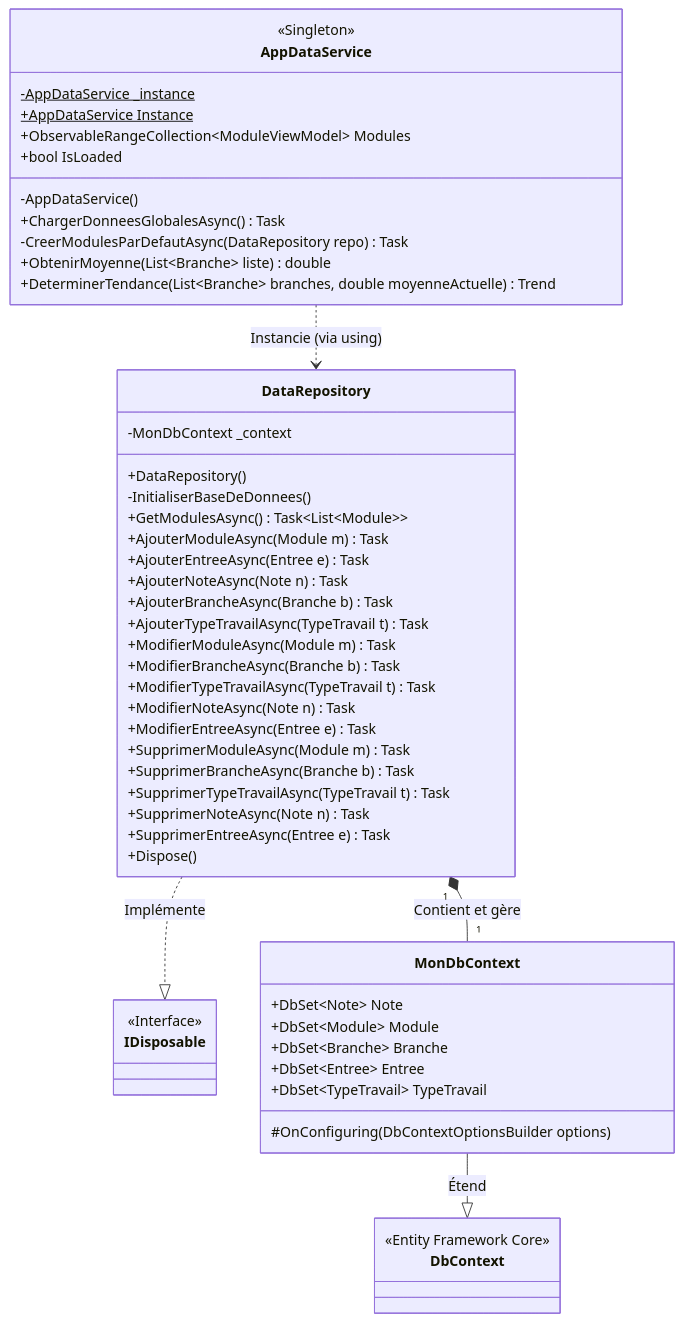
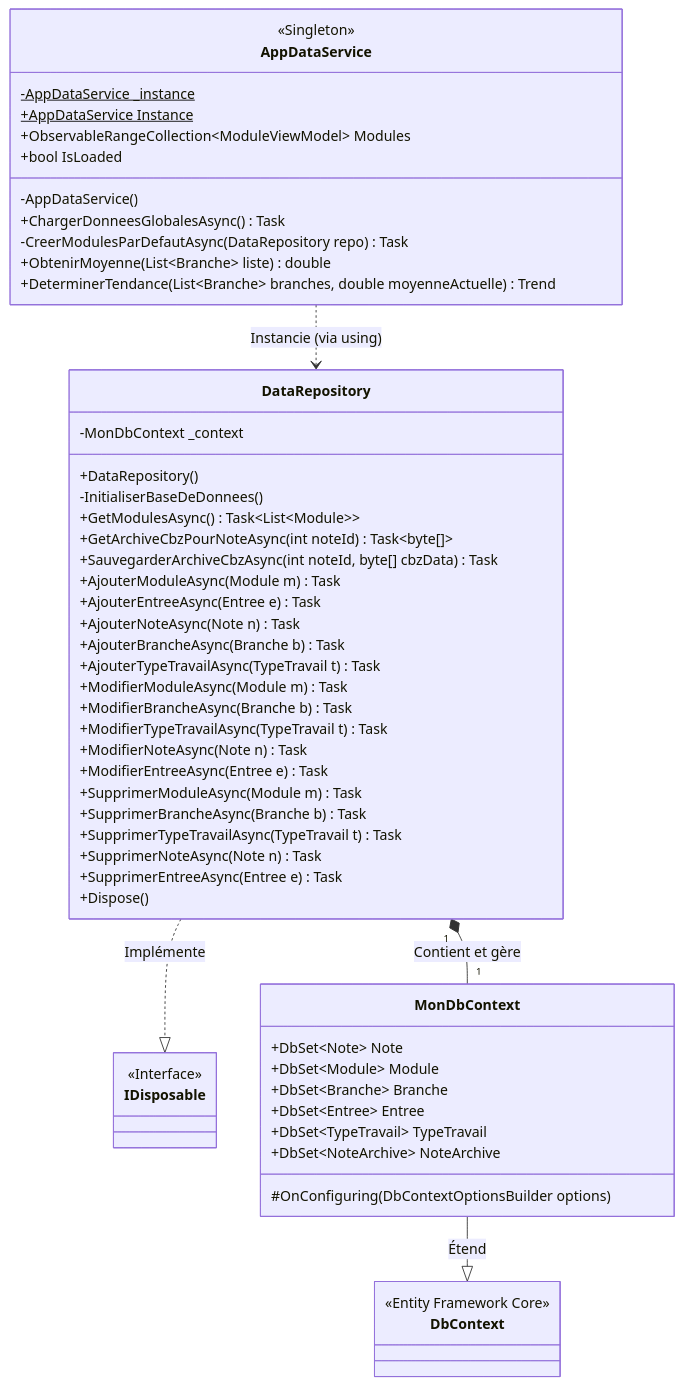
Before and after one commit to Hoferlukaslh/ScholarLog: the second of 3 diagrams in src/Data/README.md, drawn with Mermaid. The commit also changed other lines of this file, not shown here.

````diff
--- a/src/Data/README.md
+++ b/src/Data/README.md
@@ -192,73 +202,76 @@
 ``` mermaid
 classDiagram
     %% Interfaces et classes de base du framework
     class DbContext {
         <<Entity Framework Core>>
     }
     class IDisposable {
         <<Interface>>
     }
 
     %% Contexte de base de données
     class MonDbContext {
         +DbSet~Note~ Note
         +DbSet~Module~ Module
         +DbSet~Branche~ Branche
         +DbSet~Entree~ Entree
         +DbSet~TypeTravail~ TypeTravail
+        +DbSet~NoteArchive~ NoteArchive
         #OnConfiguring(DbContextOptionsBuilder options)
     }
 
     %% Pattern Repository
     class DataRepository {
         -MonDbContext _context
         +DataRepository()
         -InitialiserBaseDeDonnees()
         +GetModulesAsync() Task~List~Module~~
+        +GetArchiveCbzPourNoteAsync(int noteId) Task~byte[]~
+        +SauvegarderArchiveCbzAsync(int noteId, byte[] cbzData) Task
         
         %% Méthodes d'ajout
         +AjouterModuleAsync(Module m) Task
         +AjouterEntreeAsync(Entree e) Task
         +AjouterNoteAsync(Note n) Task
         +AjouterBrancheAsync(Branche b) Task
         +AjouterTypeTravailAsync(TypeTravail t) Task
         
         %% Méthodes de modification
         +ModifierModuleAsync(Module m) Task
         +ModifierBrancheAsync(Branche b) Task
         +ModifierTypeTravailAsync(TypeTravail t) Task
         +ModifierNoteAsync(Note n) Task
         +ModifierEntreeAsync(Entree e) Task
         
         %% Méthodes de suppression
         +SupprimerModuleAsync(Module m) Task
         +SupprimerBrancheAsync(Branche b) Task
         +SupprimerTypeTravailAsync(TypeTravail t) Task
         +SupprimerNoteAsync(Note n) Task
         +SupprimerEntreeAsync(Entree e) Task
         
         +Dispose()
     }
 
     %% Pattern Singleton & Logique Métier
     class AppDataService {
         <<Singleton>>
         -AppDataService _instance$
         +AppDataService Instance$
         +ObservableRangeCollection~ModuleViewModel~ Modules
         +bool IsLoaded
         -AppDataService()
         +ChargerDonneesGlobalesAsync() Task
         -CreerModulesParDefautAsync(DataRepository repo) Task
         +ObtenirMoyenne(List~Branche~ liste) double
         +DeterminerTendance(List~Branche~ branches, double moyenneActuelle) Trend
     }
 
     %% Relations d'héritage et d'implémentation
     MonDbContext --|> DbContext : Étend
     DataRepository ..|> IDisposable : Implémente
 
     %% Relations de dépendance et de composition
     DataRepository "1" *-- "1" MonDbContext : Contient et gère
     AppDataService ..> DataRepository : Instancie (via using)
 ```
````
